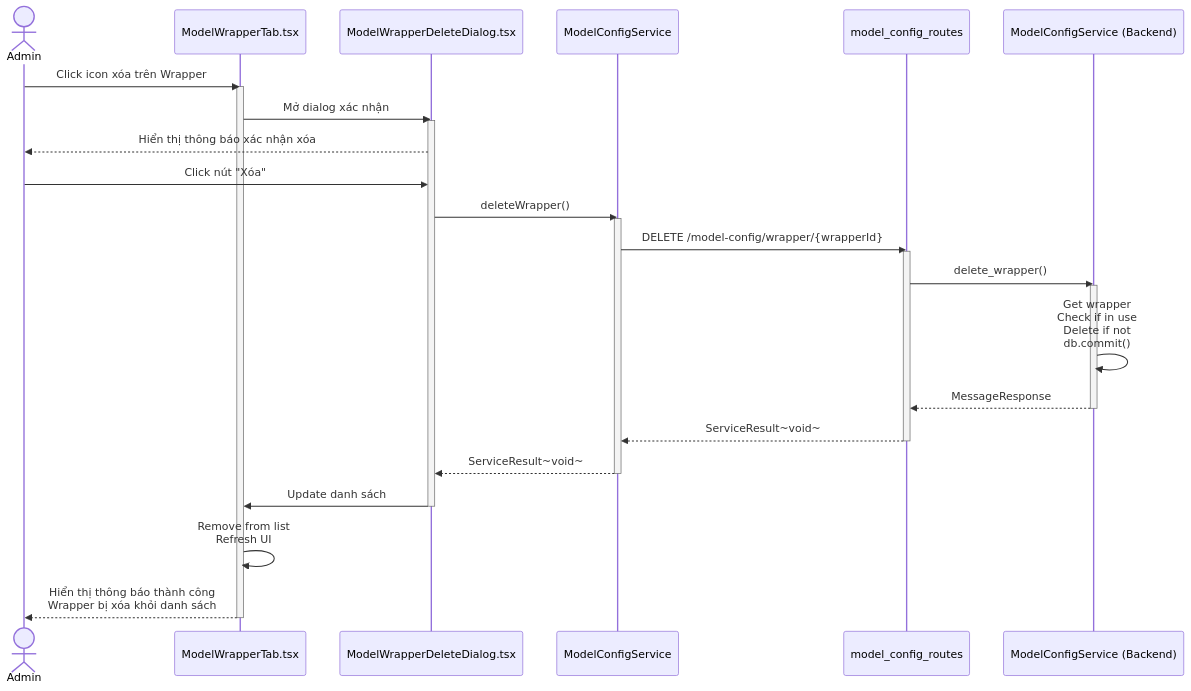
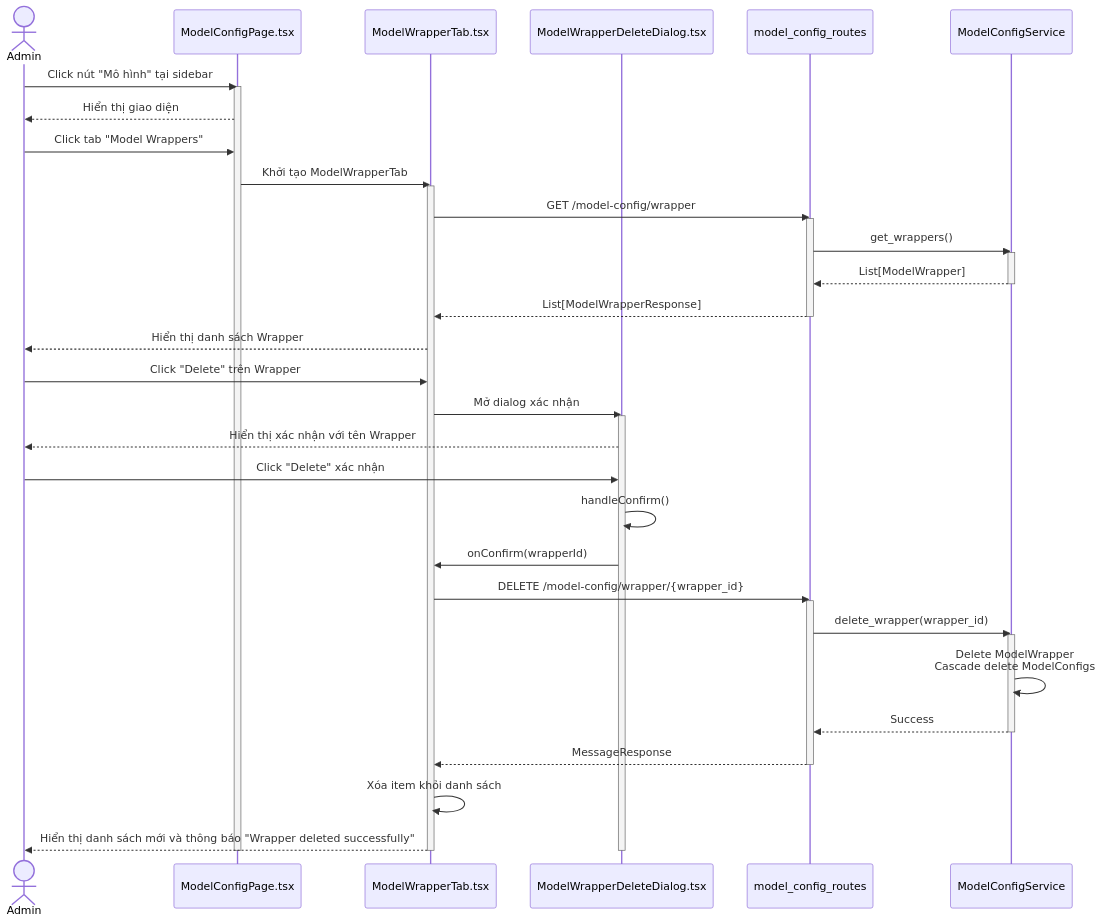
Before and after one commit to mduc-2610/gp_doc: the tenth of 10 diagrams in model_config/4_model_config_seq.md, drawn with Mermaid. The commit also changed other lines of this file and 12 other files, not shown here.

Commit message:
refactor scenario and sequence

````diff
--- a/model_config/4_model_config_seq.md
+++ b/model_config/4_model_config_seq.md
@@ -376,46 +552,56 @@
 ```mermaid
 sequenceDiagram
     actor Admin
+    participant ModelConfigPage as ModelConfigPage.tsx
     participant ModelWrapperTab as ModelWrapperTab.tsx
     participant ModelWrapperDeleteDialog as ModelWrapperDeleteDialog.tsx
+    participant ModelConfigRoutes as model_config_routes
     participant ModelConfigService as ModelConfigService
-    participant ModelConfigRoutes as model_config_routes
-    participant ModelConfigBackendService as ModelConfigService (Backend)
 
-    Admin->>ModelWrapperTab: Click icon xóa trên Wrapper
+    Admin->>ModelConfigPage: Click nút "Mô hình" tại sidebar
+    activate ModelConfigPage
+    ModelConfigPage-->>Admin: Hiển thị giao diện
+    
+    Admin->>ModelConfigPage: Click tab "Model Wrappers"
+    ModelConfigPage->>ModelWrapperTab: Khởi tạo ModelWrapperTab
     activate ModelWrapperTab
     
+    ModelWrapperTab->>ModelConfigRoutes: GET /model-config/wrapper
+    activate ModelConfigRoutes
+    ModelConfigRoutes->>ModelConfigService: get_wrappers()
+    activate ModelConfigService
+    ModelConfigService-->>ModelConfigRoutes: List[ModelWrapper]
+    deactivate ModelConfigService
+    ModelConfigRoutes-->>ModelWrapperTab: List[ModelWrapperResponse]
+    deactivate ModelConfigRoutes
+    
+    ModelWrapperTab-->>Admin: Hiển thị danh sách Wrapper
+    
+    Admin->>ModelWrapperTab: Click "Delete" trên Wrapper
     ModelWrapperTab->>ModelWrapperDeleteDialog: Mở dialog xác nhận
     activate ModelWrapperDeleteDialog
+    ModelWrapperDeleteDialog-->>Admin: Hiển thị xác nhận với tên Wrapper
     
-    ModelWrapperDeleteDialog-->>Admin: Hiển thị thông báo xác nhận xóa
+    Admin->>ModelWrapperDeleteDialog: Click "Delete" xác nhận
+    ModelWrapperDeleteDialog->>ModelWrapperDeleteDialog: handleConfirm()
+    ModelWrapperDeleteDialog->>ModelWrapperTab: onConfirm(wrapperId)
     
-    Admin->>ModelWrapperDeleteDialog: Click nút "Xóa"
-    
-    ModelWrapperDeleteDialog->>ModelConfigService: deleteWrapper()
+    ModelWrapperTab->>ModelConfigRoutes: DELETE /model-config/wrapper/{wrapper_id}
+    activate ModelConfigRoutes
+    ModelConfigRoutes->>ModelConfigService: delete_wrapper(wrapper_id)
     activate ModelConfigService
     
-    ModelConfigService->>ModelConfigRoutes: DELETE /model-config/wrapper/{wrapperId}
-    activate ModelConfigRoutes
+    ModelConfigService->>ModelConfigService: Delete ModelWrapper<br/>Cascade delete ModelConfigs
     
-    ModelConfigRoutes->>ModelConfigBackendService: delete_wrapper()
-    activate ModelConfigBackendService
-    
-    ModelConfigBackendService->>ModelConfigBackendService: Get wrapper<br/>Check if in use<br/>Delete if not<br/>db.commit()
-    
-    ModelConfigBackendService-->>ModelConfigRoutes: MessageResponse
-    deactivate ModelConfigBackendService
-    
-    ModelConfigRoutes-->>ModelConfigService: ServiceResult~void~
+    ModelConfigService-->>ModelConfigRoutes: Success
+    deactivate ModelConfigService
+    ModelConfigRoutes-->>ModelWrapperTab: MessageResponse
     deactivate ModelConfigRoutes
     
-    ModelConfigService-->>ModelWrapperDeleteDialog: ServiceResult~void~
-    deactivate ModelConfigService
+    ModelWrapperTab->>ModelWrapperTab: Xóa item khỏi danh sách
+    ModelWrapperTab-->>Admin: Hiển thị danh sách mới và thông báo "Wrapper deleted successfully"
     
-    ModelWrapperDeleteDialog->>ModelWrapperTab: Update danh sách
     deactivate ModelWrapperDeleteDialog
-    
-    ModelWrapperTab->>ModelWrapperTab: Remove from list<br/>Refresh UI
-    ModelWrapperTab-->>Admin: Hiển thị thông báo thành công<br/>Wrapper bị xóa khỏi danh sách
     deactivate ModelWrapperTab
+    deactivate ModelConfigPage
 ```
````
